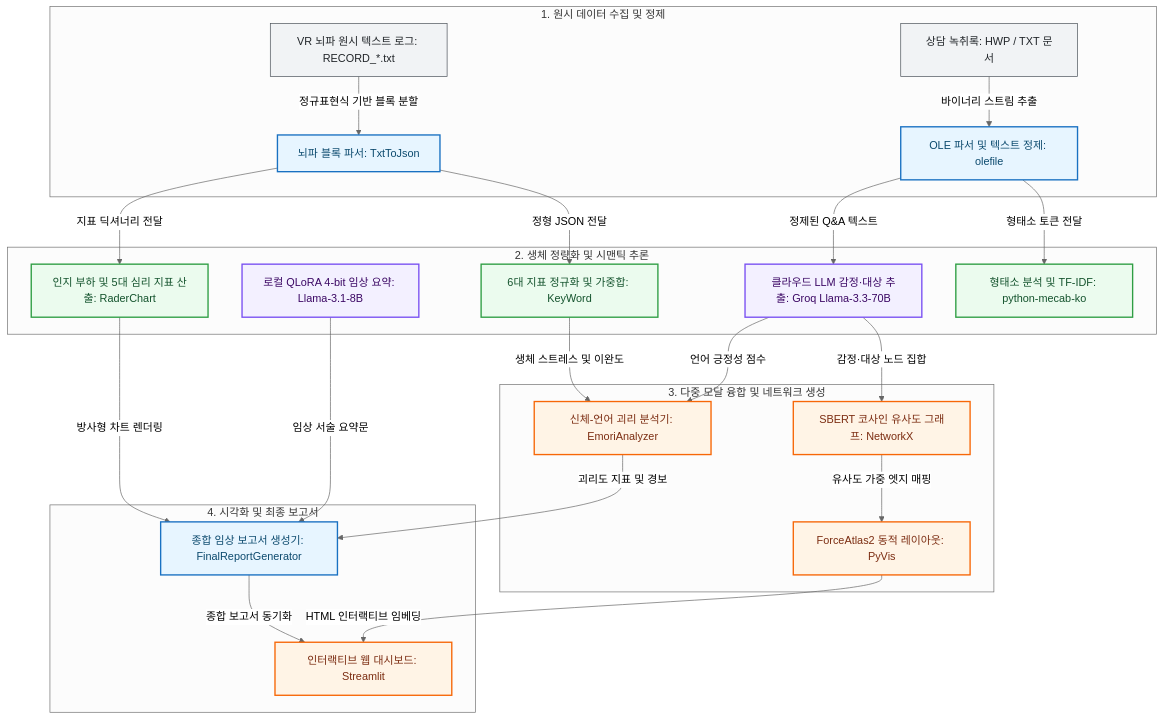
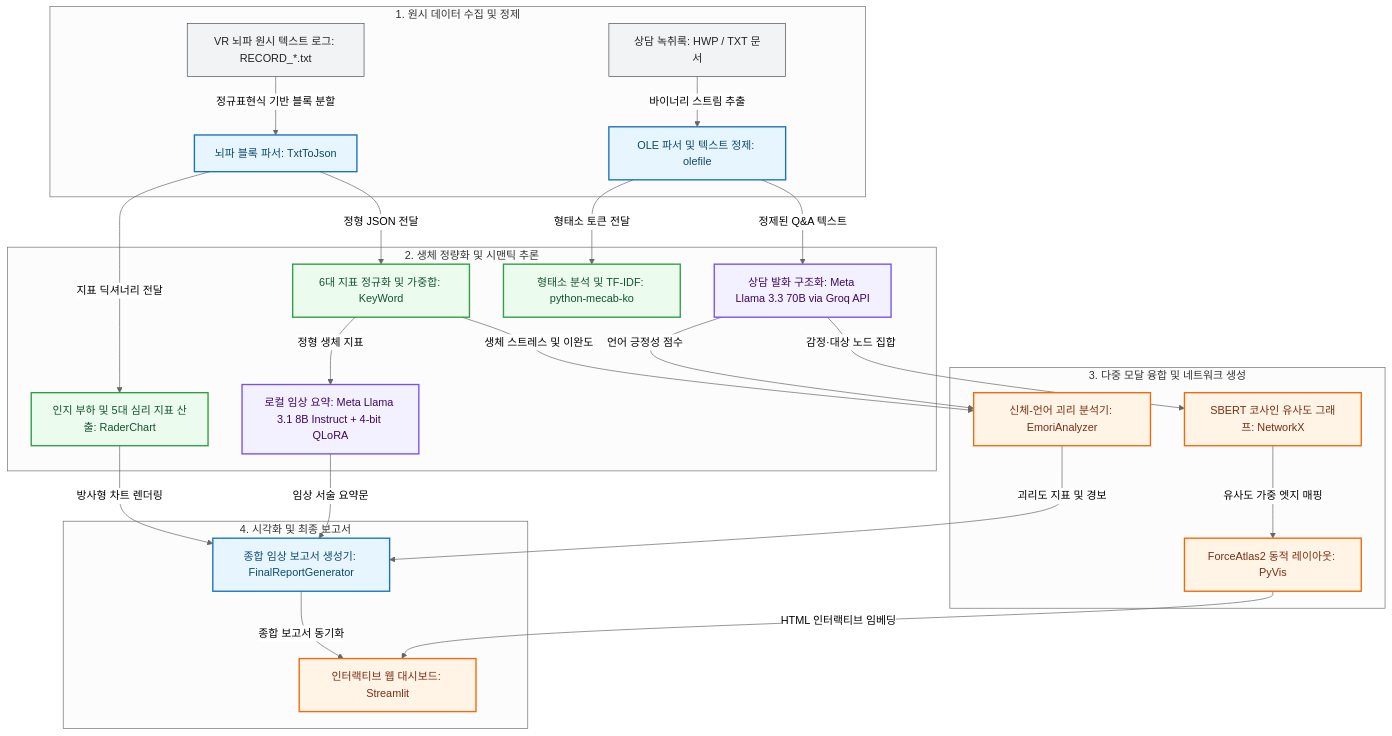
Before and after one commit to KTHYEONG/Emori: the second of 3 diagrams in docs/architecture/system-design.md, drawn with Mermaid (neutral theme). The commit also changed other lines of this file, not shown here.

Commit message:
Align system design with actual Meta Llama model roles

````diff
--- a/docs/architecture/system-design.md
+++ b/docs/architecture/system-design.md
@@ -40,50 +41,51 @@
 ```mermaid
 flowchart TD
     classDef vendor fill:#f1f3f5,stroke:#495057,stroke-width:1px,color:#212529;
     classDef data fill:#e7f5ff,stroke:#1971c2,stroke-width:2px,color:#0c4a6e;
     classDef research fill:#ebfbee,stroke:#2f9e44,stroke-width:2px,color:#14532d;
     classDef remote fill:#f3f0ff,stroke:#7950f2,stroke-width:2px,color:#3b0764;
     classDef live fill:#fff4e6,stroke:#f76707,stroke-width:2px,color:#7c2d12;
 
     subgraph Ingestion["1. 원시 데이터 수집 및 정제"]
         RAW_EEG["VR 뇌파 원시 텍스트 로그: RECORD_*.txt"]:::vendor
         RAW_DOC["상담 녹취록: HWP / TXT 문서"]:::vendor
         OLE_PARSE["OLE 파서 및 텍스트 정제: olefile"]:::data
         EEG_PARSE["뇌파 블록 파서: TxtToJson"]:::data
     end
 
     subgraph FeatureEng["2. 생체 정량화 및 시맨틱 추론"]
         NORM_METRICS["6대 지표 정규화 및 가중합: KeyWord"]:::research
         RADAR_CALC["인지 부하 및 5대 심리 지표 산출: RaderChart"]:::research
-        GROQ_LLM["클라우드 LLM 감정·대상 추출: Groq Llama-3.3-70B"]:::remote
-        QLORA_LLM["로컬 QLoRA 4-bit 임상 요약: Llama-3.1-8B"]:::remote
+        CLOUD_LLM["상담 발화 구조화: Meta Llama 3.3 70B via Groq API"]:::remote
+        LOCAL_LLM["로컬 임상 요약: Meta Llama 3.1 8B Instruct + 4-bit QLoRA"]:::remote
         MECAB_NLP["형태소 분석 및 TF-IDF: python-mecab-ko"]:::research
     end
 
     subgraph FusionEngine["3. 다중 모달 융합 및 네트워크 생성"]
         DISC_ANALYZER["신체-언어 괴리 분석기: EmoriAnalyzer"]:::live
         SBERT_NET["SBERT 코사인 유사도 그래프: NetworkX"]:::live
         FORCE_ATLAS["ForceAtlas2 동적 레이아웃: PyVis"]:::live
     end
 
     subgraph Presentation["4. 시각화 및 최종 보고서"]
         UI_DASH["인터랙티브 웹 대시보드: Streamlit"]:::live
         REPORT_GEN["종합 임상 보고서 생성기: FinalReportGenerator"]:::data
     end
 
     RAW_EEG -->|정규표현식 기반 블록 분할| EEG_PARSE
     RAW_DOC -->|바이너리 스트림 추출| OLE_PARSE
     EEG_PARSE -->|정형 JSON 전달| NORM_METRICS
     EEG_PARSE -->|지표 딕셔너리 전달| RADAR_CALC
-    OLE_PARSE -->|정제된 Q&A 텍스트| GROQ_LLM
+    OLE_PARSE -->|정제된 Q&A 텍스트| CLOUD_LLM
     OLE_PARSE -->|형태소 토큰 전달| MECAB_NLP
+    NORM_METRICS -->|정형 생체 지표| LOCAL_LLM
     NORM_METRICS -->|생체 스트레스 및 이완도| DISC_ANALYZER
-    GROQ_LLM -->|언어 긍정성 점수| DISC_ANALYZER
-    GROQ_LLM -->|감정·대상 노드 집합| SBERT_NET
+    CLOUD_LLM -->|언어 긍정성 점수| DISC_ANALYZER
+    CLOUD_LLM -->|감정·대상 노드 집합| SBERT_NET
     SBERT_NET -->|유사도 가중 엣지 매핑| FORCE_ATLAS
     DISC_ANALYZER -->|괴리도 지표 및 경보| REPORT_GEN
     RADAR_CALC -->|방사형 차트 렌더링| REPORT_GEN
-    QLORA_LLM -->|임상 서술 요약문| REPORT_GEN
+    LOCAL_LLM -->|임상 서술 요약문| REPORT_GEN
     REPORT_GEN -->|종합 보고서 동기화| UI_DASH
     FORCE_ATLAS -->|HTML 인터랙티브 임베딩| UI_DASH
 ```
````
